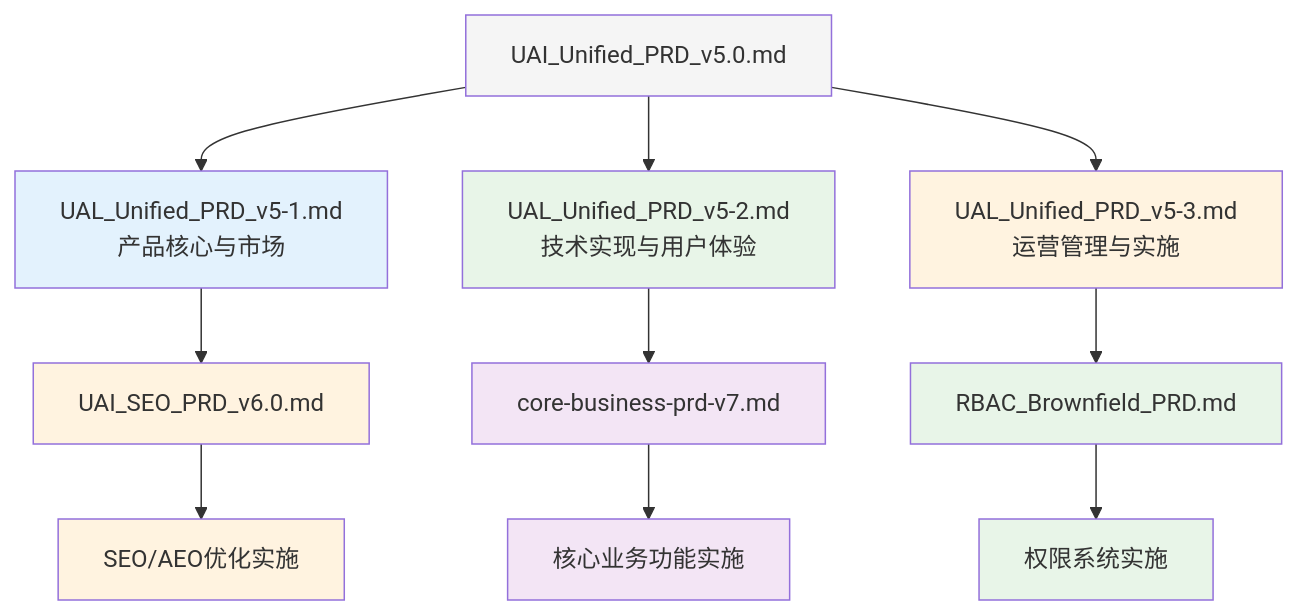
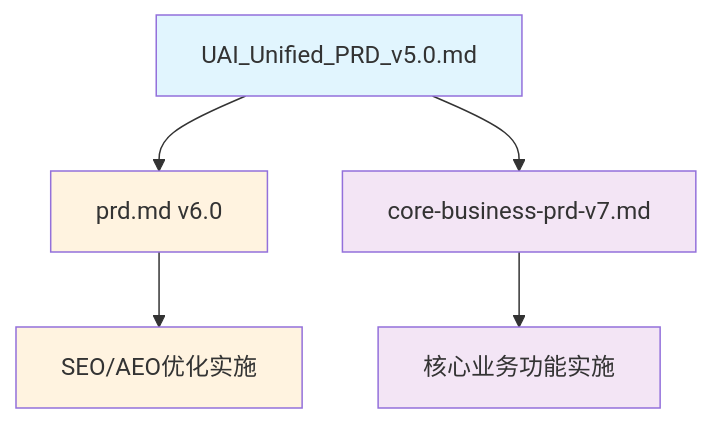
The diagram in docs/PRD-Management.md (hy98982002/u1), drawn with Mermaid before and after one commit. The commit also changed other lines of this file and 38 other files, not shown here.

````diff
--- a/docs/PRD-Management.md
+++ b/docs/PRD-Management.md
@@ -9,25 +9,13 @@
 ```mermaid
 graph TD
-    A[UAI_Unified_PRD_v5.0.md] --> A1[UAL_Unified_PRD_v5-1.md<br/>产品核心与市场]
-    A --> A2[UAL_Unified_PRD_v5-2.md<br/>技术实现与用户体验]
-    A --> A3[UAL_Unified_PRD_v5-3.md<br/>运营管理与实施]
-    
-    A1 --> B[UAI_SEO_PRD_v6.0.md]
-    A2 --> C[core-business-prd-v7.md]
-    A3 --> F[RBAC_Brownfield_PRD.md]
-    
+    A[UAI_Unified_PRD_v5.0.md] --> B[prd.md v6.0]
+    A --> C[core-business-prd-v7.md]
     B --> D[SEO/AEO优化实施]
     C --> E[核心业务功能实施]
-    F --> G[权限系统实施]
     
-    style A fill:#f5f5f5
-    style A1 fill:#e3f2fd
-    style A2 fill:#e8f5e8
-    style A3 fill:#fff3e0
+    style A fill:#e1f5fe
     style B fill:#fff3e0
     style C fill:#f3e5f5
-    style F fill:#e8f5e8
     style D fill:#fff3e0
     style E fill:#f3e5f5
-    style G fill:#e8f5e8
 ```
````
